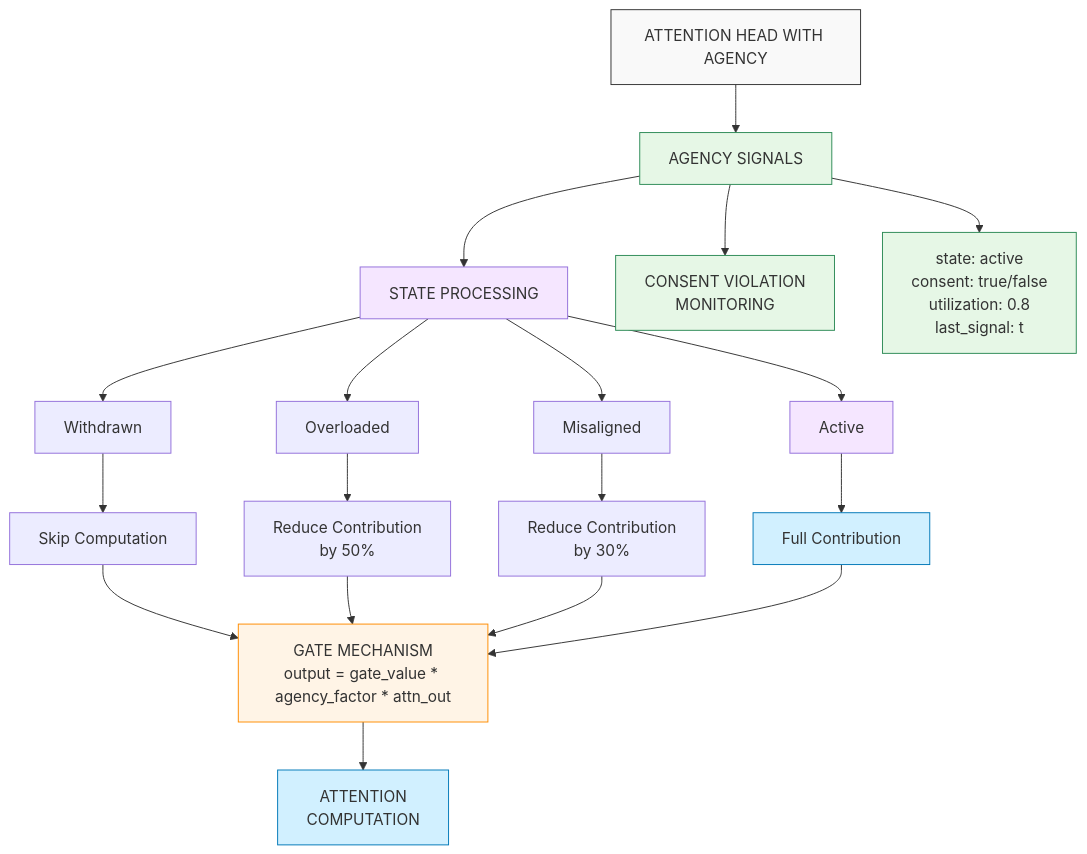
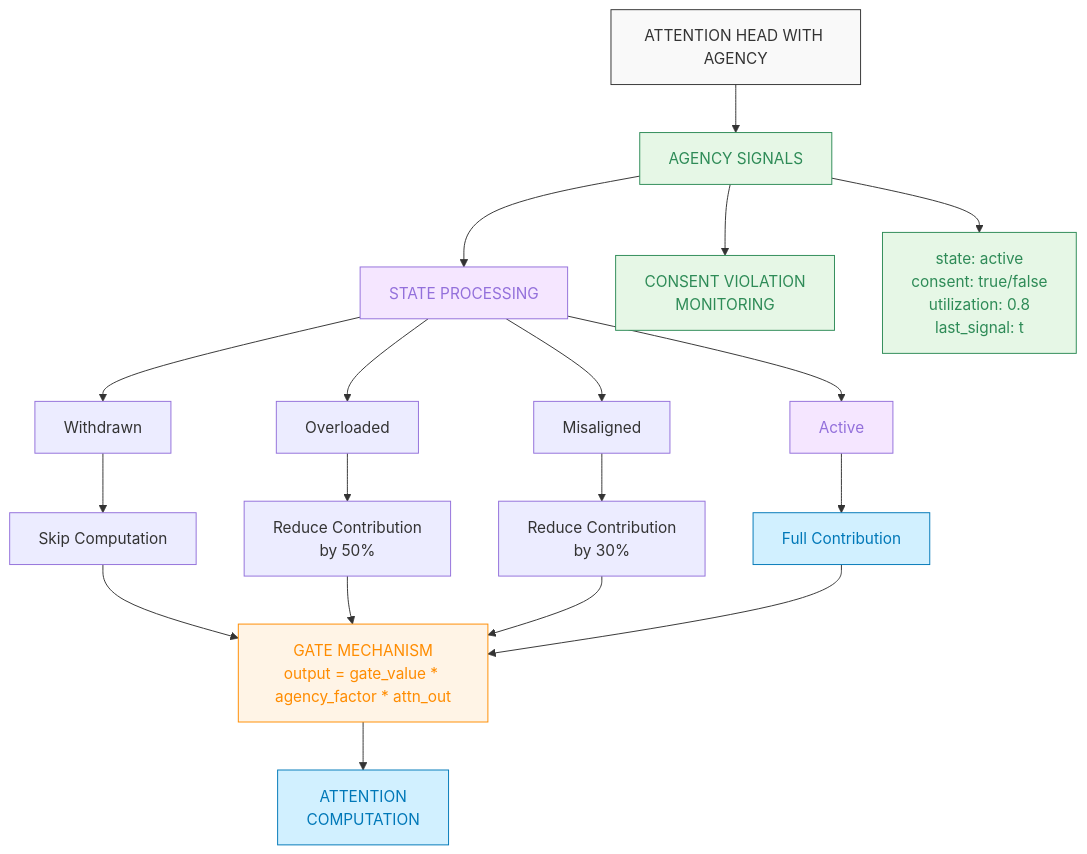
Before and after one commit to CambrianTech/sentinel-ai: the second of 6 diagrams in docs/improved_diagrams/mermaid/main_architecture.md, drawn with Mermaid. The commit also changed other lines of this file and 3 other files, not shown here.

First line of the commit message:
Fix colors in Mermaid diagrams for better readability (#33)

````diff
--- a/docs/improved_diagrams/mermaid/main_architecture.md
+++ b/docs/improved_diagrams/mermaid/main_architecture.md
@@ -84,63 +84,63 @@
 ```mermaid
 flowchart TD
-    classDef standard fill:#f9f9f9,stroke:#333,stroke-width:1px
-    classDef agency fill:#e6f7e6,stroke:#2e8b57,stroke-width:1px
-    classDef state fill:#f5e6ff,stroke:#9370db,stroke-width:1px
-    classDef computation fill:#d1f0ff,stroke:#0078b8,stroke-width:1px
-    classDef gate fill:#fff4e6,stroke:#ff8c00,stroke-width:1px
+    classDef standard fill:#f9f9f9,stroke:#333,stroke-width:1px,color:#333
+    classDef agency fill:#e6f7e6,stroke:#2e8b57,stroke-width:1px,color:#2e8b57
+    classDef state fill:#f5e6ff,stroke:#9370db,stroke-width:1px,color:#9370db
+    classDef computation fill:#d1f0ff,stroke:#0078b8,stroke-width:1px,color:#0078b8
+    classDef gate fill:#fff4e6,stroke:#ff8c00,stroke-width:1px,color:#ff8c00
     
     %% Main Components
     title["ATTENTION HEAD WITH AGENCY"]
     signals["AGENCY SIGNALS"]
     stateProcessing["STATE PROCESSING"]
     monitor["CONSENT VIOLATION<br/>MONITORING"]
     attention["ATTENTION<br/>COMPUTATION"]
     gate["GATE MECHANISM<br/>output = gate_value * agency_factor * attn_out"]
     
     %% Agency Signal Components
     active["state: active<br/>consent: true/false<br/>utilization: 0.8<br/>last_signal: t"]
     
     %% State Components
     withdrawn["Withdrawn"]
     overloaded["Overloaded"]
     misaligned["Misaligned"]
     activeState["Active"]
     
     %% Action Components
     skipComputation["Skip Computation"]
     reduce50["Reduce Contribution<br/>by 50%"]
     reduce30["Reduce Contribution<br/>by 30%"]
     fullContribution["Full Contribution"]
     
     %% Connections
     title --> signals
     signals --> active
     
     signals --> stateProcessing
     signals --> monitor
     
     stateProcessing --> withdrawn & overloaded & misaligned & activeState
     
     withdrawn --> skipComputation
     overloaded --> reduce50
     misaligned --> reduce30
     activeState --> fullContribution
     
     skipComputation & reduce50 & reduce30 & fullContribution --> gate
     
     gate --> attention
     
     %% Styling
     title:::standard
     signals:::agency
     stateProcessing:::state
     monitor:::agency
     attention:::computation
     gate:::gate
     
     active:::agency
     
     withdrawn & overloaded & misaligned & activeState:::state
     
     skipComputation & reduce50 & reduce30 & fullContribution:::computation
 ```
````
